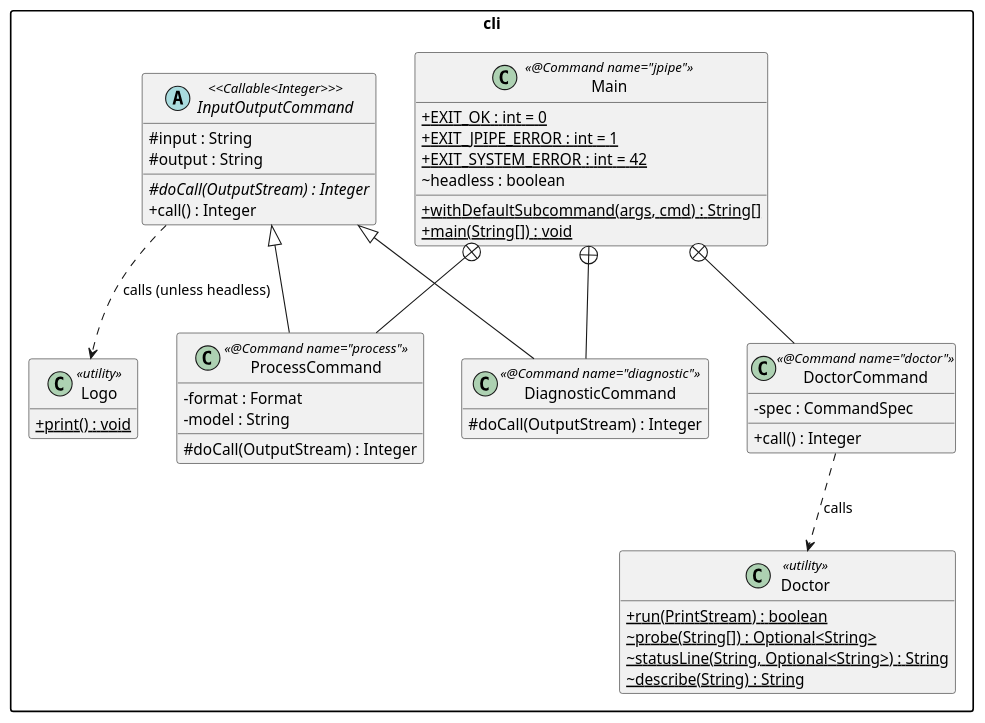
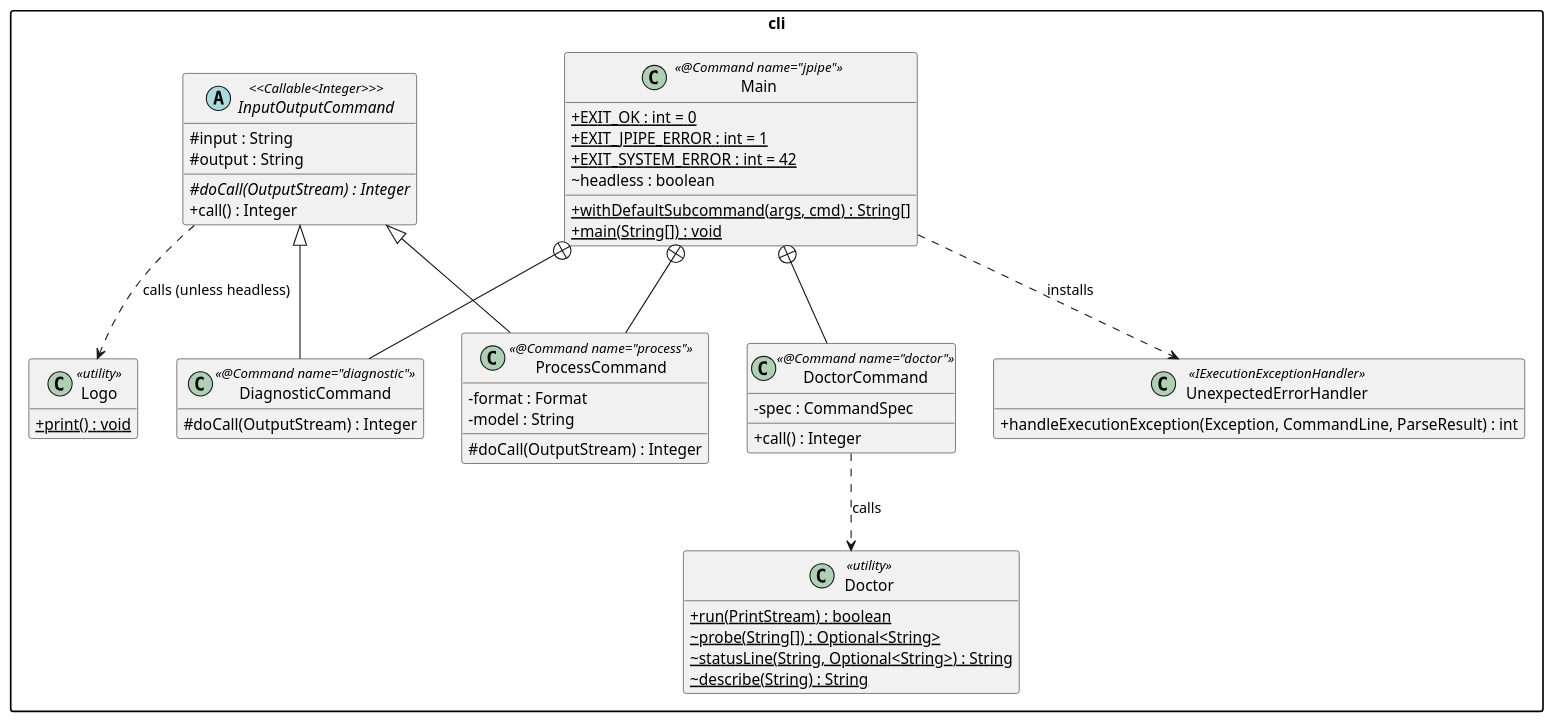
Before and after one commit to jpipe-mcscert/jpipe-compiler: the diagram in docs/design/cli.md, drawn with PlantUML. The commit also changed other lines of this file and 11 other files, not shown here.

First line of the commit message:
fix(cli): report unexpected failures as one "internal error" line with exit 42 (#182)

````diff
--- a/docs/design/cli.md
+++ b/docs/design/cli.md
@@ -8,64 +8,69 @@
 ```plantuml
 @startuml cli
 
 skinparam packageStyle rectangle
 skinparam classAttributeIconSize 0
 hide empty members
 
 package "cli" {
 
   class Main <<@Command name="jpipe">> {
     + {static} EXIT_OK : int = 0
     + {static} EXIT_JPIPE_ERROR : int = 1
     + {static} EXIT_SYSTEM_ERROR : int = 42
     ~ headless : boolean
     + {static} withDefaultSubcommand(args, cmd) : String[]
     + {static} main(String[]) : void
   }
 
   abstract class InputOutputCommand <<Callable<Integer>>> {
     # input : String
     # output : String
     # {abstract} doCall(OutputStream) : Integer
     + call() : Integer
   }
 
   class ProcessCommand <<@Command name="process">> {
     - format : Format
     - model : String
     # doCall(OutputStream) : Integer
   }
 
   class DiagnosticCommand <<@Command name="diagnostic">> {
     # doCall(OutputStream) : Integer
   }
 
   class DoctorCommand <<@Command name="doctor">> {
     - spec : CommandSpec
     + call() : Integer
   }
 
   class Doctor <<utility>> {
     + {static} run(PrintStream) : boolean
     ~ {static} probe(String[]) : Optional<String>
     ~ {static} statusLine(String, Optional<String>) : String
     ~ {static} describe(String) : String
   }
 
   class Logo <<utility>> {
     + {static} print() : void
   }
 
   InputOutputCommand <|-- ProcessCommand
   InputOutputCommand <|-- DiagnosticCommand
 
   Main +-- ProcessCommand
   Main +-- DiagnosticCommand
   Main +-- DoctorCommand
 
   DoctorCommand ..> Doctor : calls
+  class UnexpectedErrorHandler <<IExecutionExceptionHandler>> {
+    + handleExecutionException(Exception, CommandLine, ParseResult) : int
+  }
+
   InputOutputCommand ..> Logo : calls (unless headless)
+  Main ..> UnexpectedErrorHandler : installs
 }
 
 @enduml
 ```
````
